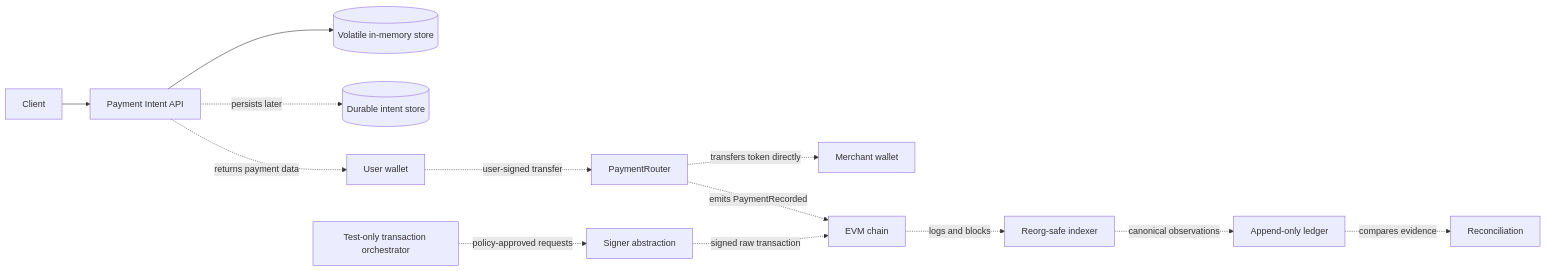
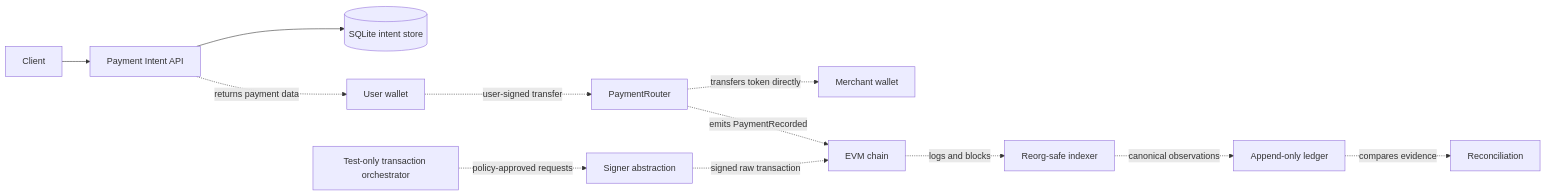
The second of 2 diagrams in docs/architecture.md (xiaocaiisxiaocai/dotnet-evm-payment-sandbox), drawn with Mermaid before and after one commit. The commit also changed other lines of this file and 22 other files, not shown here.

Commit message:
Add Week 7 durable SQLite intent storage

````diff
--- a/docs/architecture.md
+++ b/docs/architecture.md
@@ -120,16 +124,15 @@
 ```mermaid
 flowchart LR
     Client[Client] --> API[Payment Intent API]
-    API --> Memory[(Volatile in-memory store)]
-    API -. persists later .-> IntentStore[(Durable intent store)]
+    API --> IntentStore[(SQLite intent store)]
     API -. returns payment data .-> Wallet[User wallet]
     Wallet -. user-signed transfer .-> Router[PaymentRouter]
     Router -. transfers token directly .-> Merchant[Merchant wallet]
     Router -. emits PaymentRecorded .-> Chain[EVM chain]
     Chain -. logs and blocks .-> Indexer[Reorg-safe indexer]
     Indexer -. canonical observations .-> Ledger[Append-only ledger]
     Ledger -. compares evidence .-> Reconcile[Reconciliation]
 
     Orchestrator[Test-only transaction orchestrator] -. policy-approved requests .-> Signer[Signer abstraction]
     Signer -. signed raw transaction .-> Chain
 ```
````
